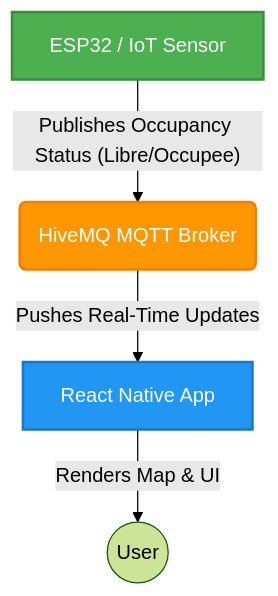
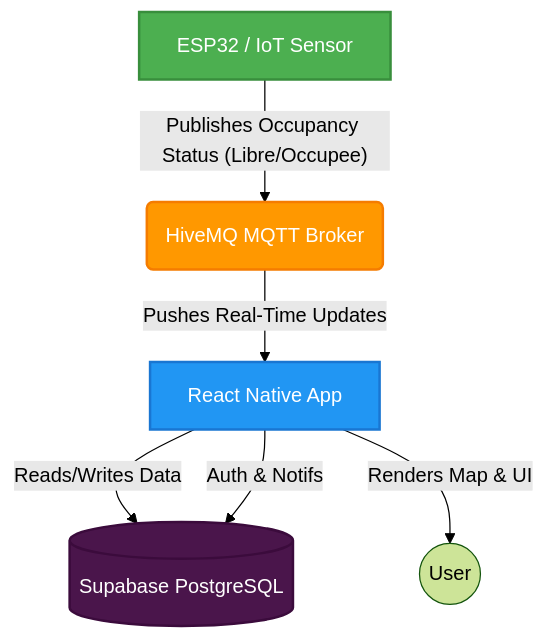
One commit to SoufianeMajd/Parksense changed the first of 4 diagrams in README.md. Above: the diagram before and after it, drawn with Mermaid (forest theme). The commit also changed other lines of this file and 13 other files, not shown here.

Commit message:
feat: add Auth, Supabase DB schema, and Notifications

````diff
--- a/README.md
+++ b/README.md
@@ -18,10 +18,13 @@
 ```mermaid
 graph TD
     A[ESP32 / IoT Sensor] -- Publishes Occupancy Status (Libre/Occupee) --> B(HiveMQ MQTT Broker)
     B -- Pushes Real-Time Updates --> C[React Native App]
+    C -- Reads/Writes Data --> E[(Supabase PostgreSQL)]
+    C -- Auth & Notifs --> E
     C -- Renders Map & UI --> D((User))
     
     style A fill:#4CAF50,stroke:#388E3C,stroke-width:2px,color:#fff
     style B fill:#FF9800,stroke:#F57C00,stroke-width:2px,color:#fff
     style C fill:#2196F3,stroke:#1976D2,stroke-width:2px,color:#fff
+    style E fill:#4A154B,stroke:#3B0B3C,stroke-width:2px,color:#fff
 ```
````
